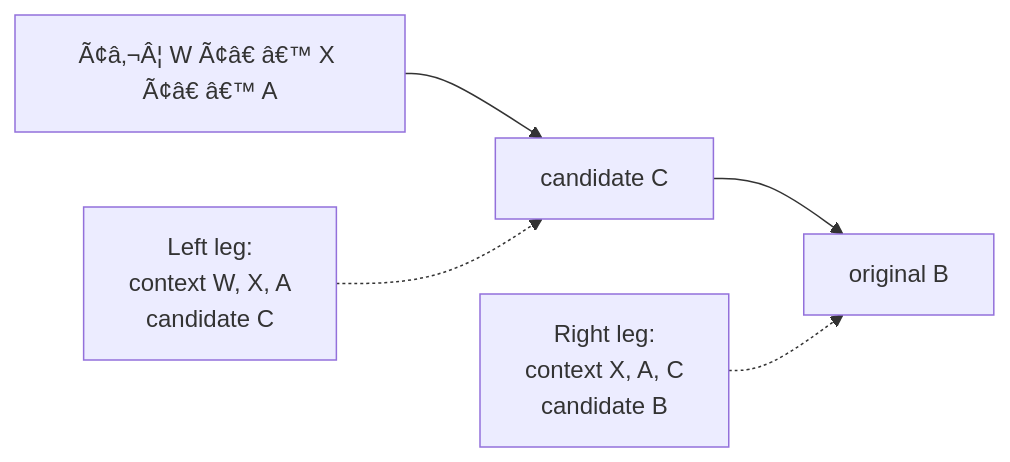
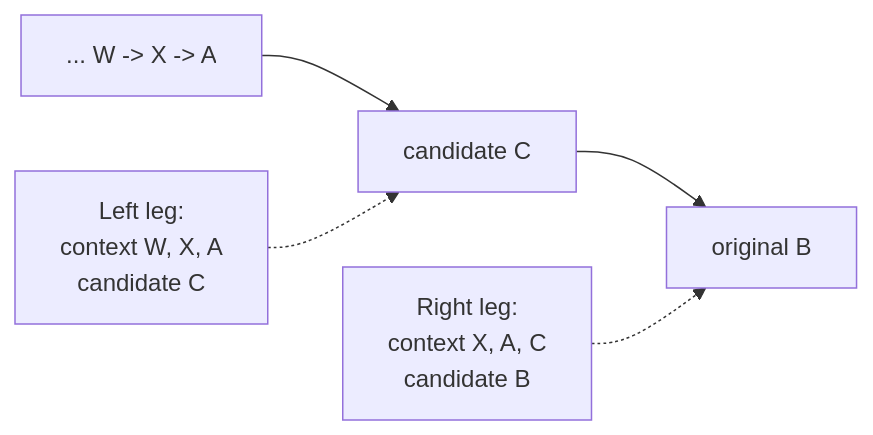
One commit to chrober/lms-better-call-bliss changed the third of 8 diagrams in ALGORITHMS.md. Above: the diagram before and after it, drawn with Mermaid. The commit also changed other lines of this file and 1 other file, not shown here.

```diff
--- a/ALGORITHMS.md
+++ b/ALGORITHMS.md
@@ -241,7 +249,7 @@
 ~~~mermaid
 flowchart LR
-    P["Ã¢â‚¬Â¦ W Ã¢â€ â€™ X Ã¢â€ â€™ A"] --> C["candidate C"]
+    P["... W -> X -> A"] --> C["candidate C"]
     C --> B["original B"]
     L["Left leg:<br/>context W, X, A<br/>candidate C"] -.-> C
     R["Right leg:<br/>context X, A, C<br/>candidate B"] -.-> B
 ~~~
```
